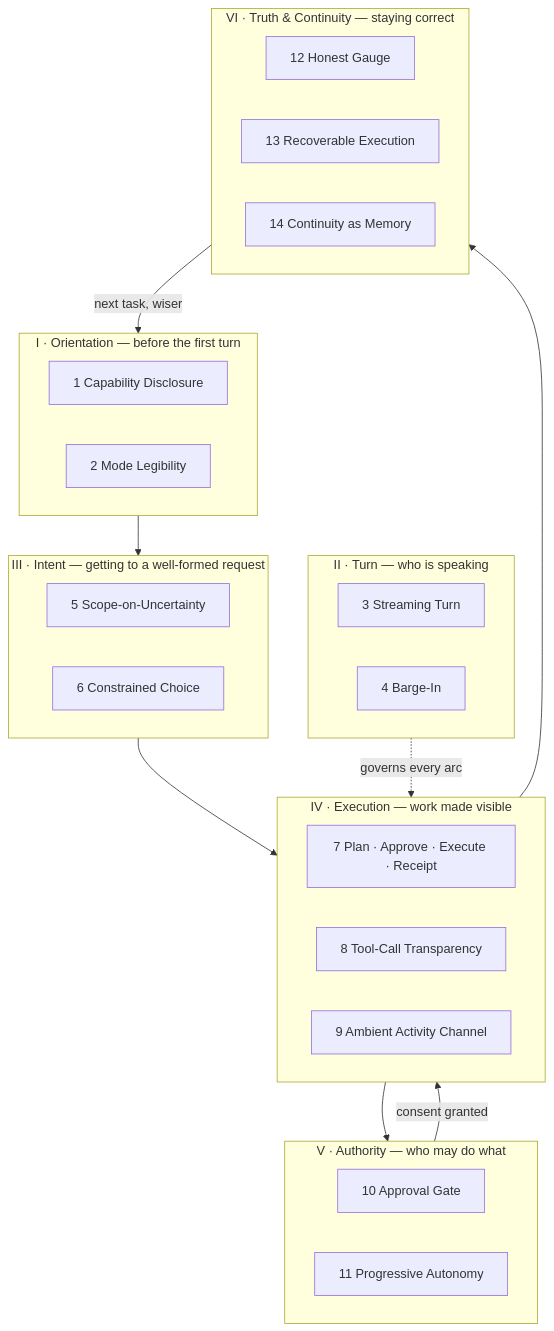
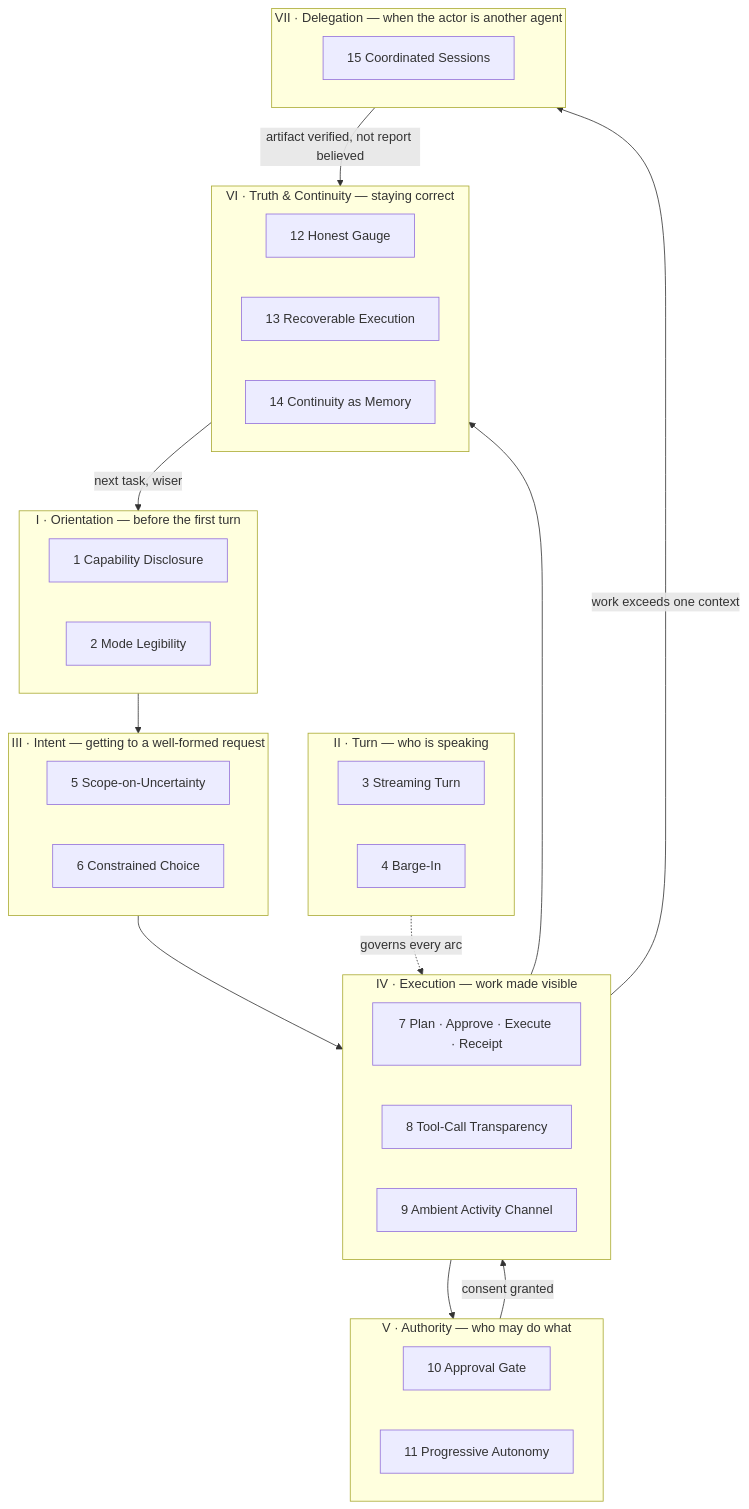
Before and after one commit to organonart/organon: the first of 15 diagrams in doc/r&d/conversational_agent_control_surfaces.md, drawn with Mermaid. The commit also changed other lines of this file and 7 other files, not shown here.

````diff
--- a/doc/r&d/conversational_agent_control_surfaces.md
+++ b/doc/r&d/conversational_agent_control_surfaces.md
@@ -89,37 +89,42 @@
 ```mermaid
 flowchart TB
     subgraph ORIENT["I · Orientation — before the first turn"]
         P1["1 Capability Disclosure"]
         P2["2 Mode Legibility"]
     end
     subgraph TURN["II · Turn — who is speaking"]
         P3["3 Streaming Turn"]
         P4["4 Barge-In"]
     end
     subgraph INTENT["III · Intent — getting to a well-formed request"]
         P5["5 Scope-on-Uncertainty"]
         P6["6 Constrained Choice"]
     end
     subgraph EXEC["IV · Execution — work made visible"]
         P7["7 Plan · Approve · Execute · Receipt"]
         P8["8 Tool-Call Transparency"]
         P9["9 Ambient Activity Channel"]
     end
     subgraph AUTH["V · Authority — who may do what"]
         P10["10 Approval Gate"]
         P11["11 Progressive Autonomy"]
     end
     subgraph TRUTH["VI · Truth &amp; Continuity — staying correct"]
         P12["12 Honest Gauge"]
         P13["13 Recoverable Execution"]
         P14["14 Continuity as Memory"]
     end
+    subgraph DELEG["VII · Delegation — when the actor is another agent"]
+        P15["15 Coordinated Sessions"]
+    end
 
     ORIENT --> INTENT
     INTENT --> EXEC
     EXEC --> AUTH
     AUTH -->|"consent granted"| EXEC
     EXEC --> TRUTH
     TRUTH -->|"next task, wiser"| ORIENT
     TURN -.->|"governs every arc"| EXEC
+    EXEC -->|"work exceeds one context"| DELEG
+    DELEG -->|"artifact verified, not report believed"| TRUTH
 ```
````
